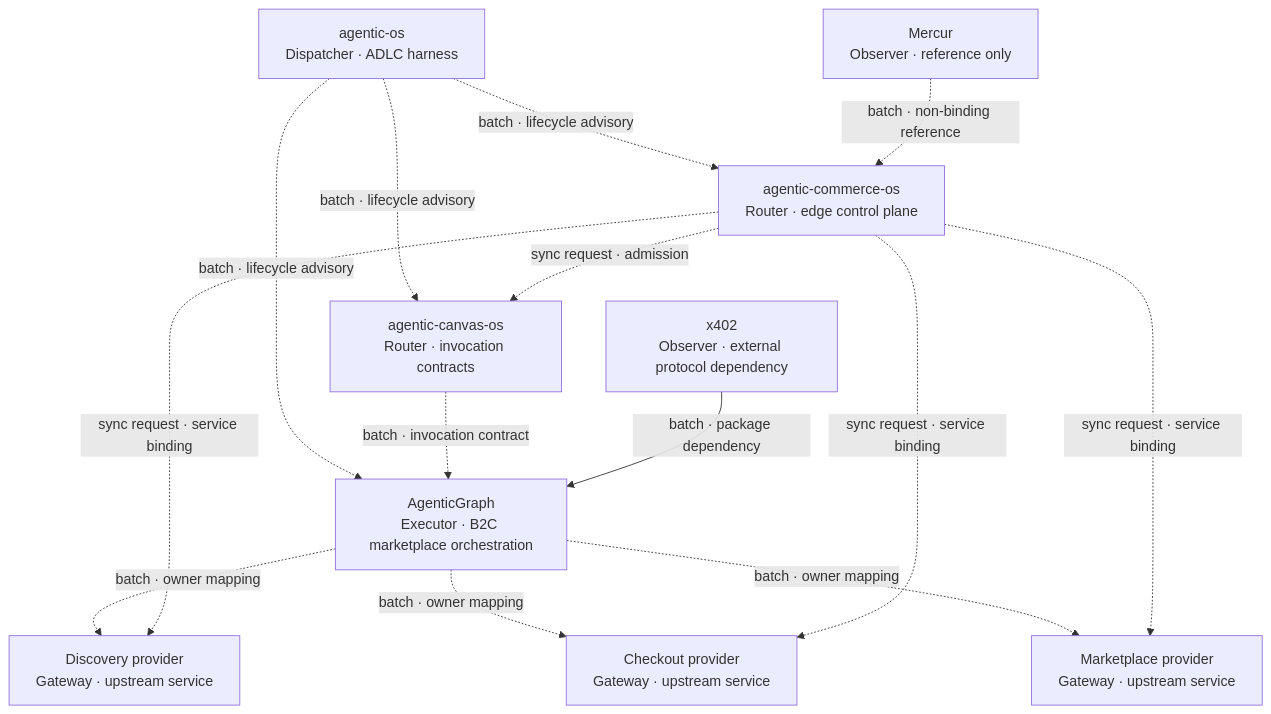
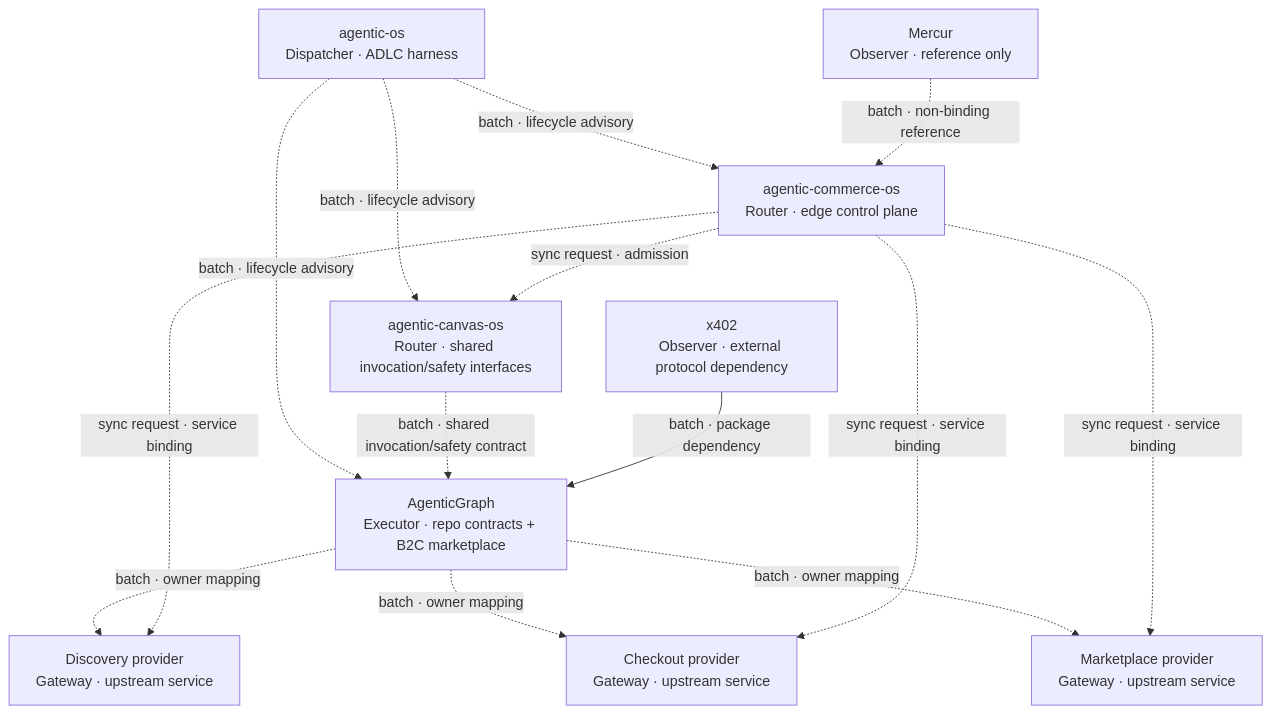
The first of 3 diagrams in guides/COMPOSITION-ARCHITECTURE.md (huijoohwee/agentic-os), drawn with Mermaid before and after one commit. The commit also changed other lines of this file and 1 other file, not shown here.

````diff
--- a/guides/COMPOSITION-ARCHITECTURE.md
+++ b/guides/COMPOSITION-ARCHITECTURE.md
@@ -103,26 +111,26 @@
 ```mermaid
 flowchart TB
     AOS["agentic-os<br/>Dispatcher · ADLC harness"]
-    CANVAS["agentic-canvas-os<br/>Router · invocation contracts"]
-    AG["AgenticGraph<br/>Executor · B2C marketplace orchestration"]
+    CANVAS["agentic-canvas-os<br/>Router · shared invocation/safety interfaces"]
+    AG["AgenticGraph<br/>Executor · repo contracts + B2C marketplace"]
     COMMERCE["agentic-commerce-os<br/>Router · edge control plane"]
     DISCOVERY["Discovery provider<br/>Gateway · upstream service"]
     CHECKOUT["Checkout provider<br/>Gateway · upstream service"]
     MARKET["Marketplace provider<br/>Gateway · upstream service"]
     MERCUR["Mercur<br/>Observer · reference only"]
     X402["x402<br/>Observer · external protocol dependency"]
 
     AOS -.->|"batch · lifecycle advisory"| CANVAS
     AOS -.->|"batch · lifecycle advisory"| AG
     AOS -.->|"batch · lifecycle advisory"| COMMERCE
-    CANVAS -.->|"batch · invocation contract"| AG
+    CANVAS -.->|"batch · shared invocation/safety contract"| AG
     COMMERCE -.->|"sync request · admission"| CANVAS
     AG -.->|"batch · owner mapping"| DISCOVERY
     AG -.->|"batch · owner mapping"| CHECKOUT
     AG -.->|"batch · owner mapping"| MARKET
     COMMERCE -.->|"sync request · service binding"| DISCOVERY
     COMMERCE -.->|"sync request · service binding"| CHECKOUT
     COMMERCE -.->|"sync request · service binding"| MARKET
     MERCUR -.->|"batch · non-binding reference"| COMMERCE
     X402 -->|"batch · package dependency"| AG
 ```
````
